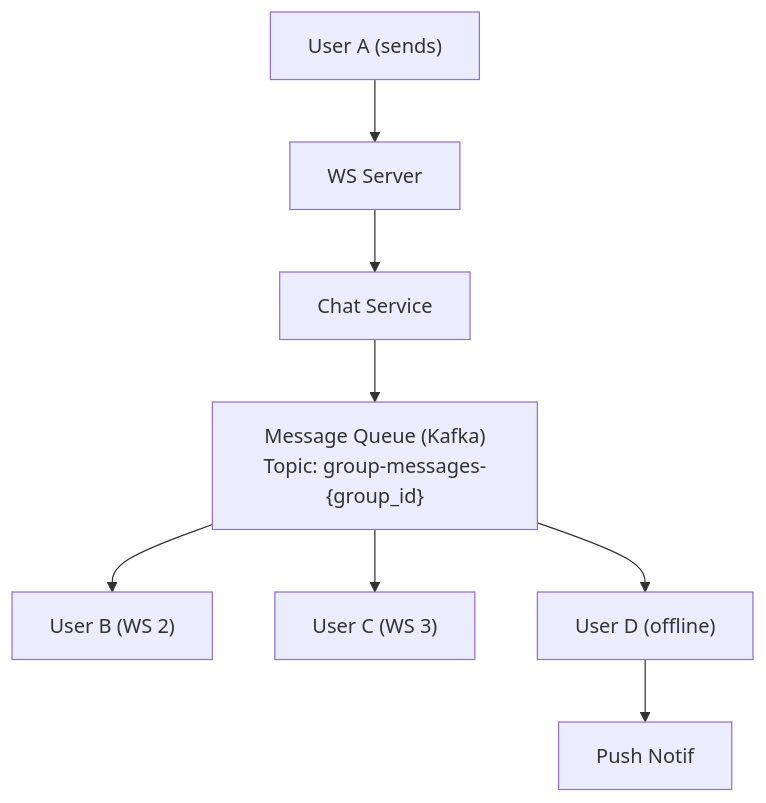
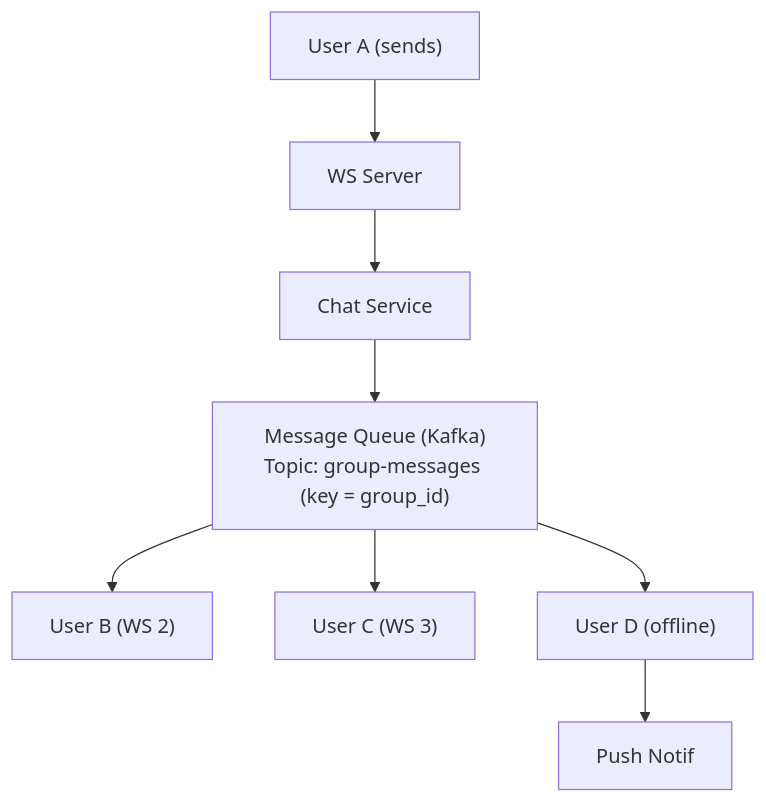
Before and after one commit to phuongdinh1411/cses-analyses: the fifth of 12 diagrams in system_design/design-chat-system.md, drawn with Mermaid. The commit also changed other lines of this file and 16 other files, not shown here.

````diff
--- a/system_design/design-chat-system.md
+++ b/system_design/design-chat-system.md
@@ -419,12 +419,12 @@
 ```mermaid
 flowchart TB
     UserA["User A (sends)"] --> WS["WS Server"]
     WS --> CS["Chat Service"]
-    CS --> Kafka["Message Queue (Kafka)<br/>Topic: group-messages-{group_id}"]
+    CS --> Kafka["Message Queue (Kafka)<br/>Topic: group-messages (key = group_id)"]
 
     Kafka --> UserB["User B (WS 2)"]
     Kafka --> UserC["User C (WS 3)"]
     Kafka --> UserD["User D (offline)"]
 
     UserD --> Push["Push Notif"]
 ```
````
